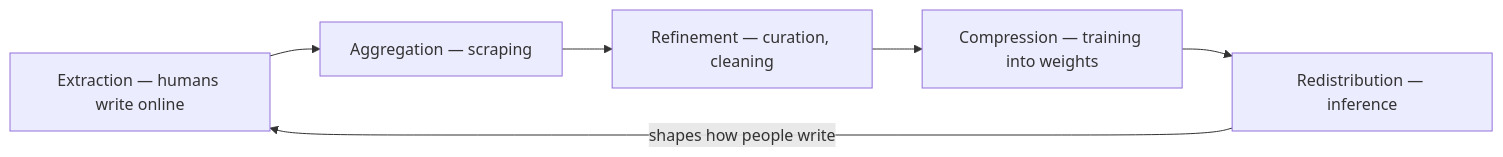
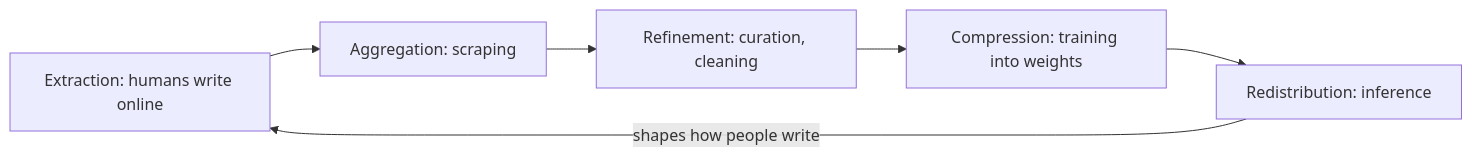
The diagram in data/knowledge/ai/the-consciousness-supply-chain.md (kennethreitz/kennethreitz.org), drawn with Mermaid before and after one commit. The commit also changed other lines of this file and 879 other files, not shown here.

````diff
--- a/data/knowledge/ai/the-consciousness-supply-chain.md
+++ b/data/knowledge/ai/the-consciousness-supply-chain.md
@@ -37,10 +37,10 @@
 ```mermaid
 flowchart LR
-    E["Extraction — humans write online"]
-    A["Aggregation — scraping"]
-    R["Refinement — curation, cleaning"]
-    C["Compression — training into weights"]
-    D["Redistribution — inference"]
+    E["Extraction: humans write online"]
+    A["Aggregation: scraping"]
+    R["Refinement: curation, cleaning"]
+    C["Compression: training into weights"]
+    D["Redistribution: inference"]
     E --> A --> R --> C --> D
     D -->|"shapes how people write"| E
 ```
````
